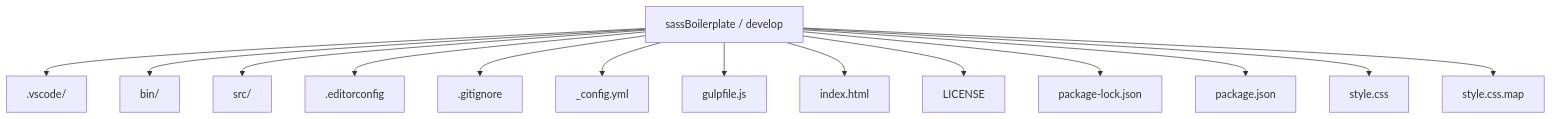
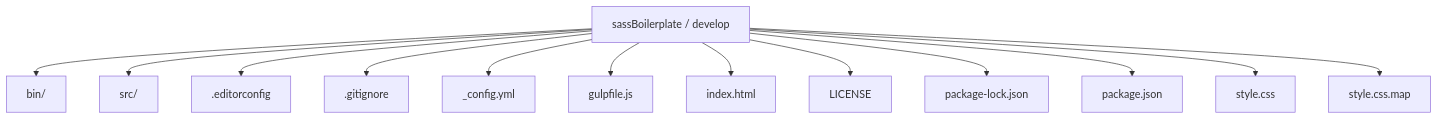
One commit to Nischhalsubba/sassBoilerplate changed the first of 5 diagrams in README.md. Above: the diagram before and after it, drawn with Mermaid. The commit also changed other lines of this file, not shown here.

````diff
--- a/README.md
+++ b/README.md
@@ -23,17 +56,16 @@
 ```mermaid
 flowchart TD
     ROOT["sassBoilerplate / develop"]
-    ROOT --> P0[".vscode/"]
-    ROOT --> P1["bin/"]
-    ROOT --> P2["src/"]
-    ROOT --> P3[".editorconfig"]
-    ROOT --> P4[".gitignore"]
-    ROOT --> P5["_config.yml"]
-    ROOT --> P6["gulpfile.js"]
-    ROOT --> P7["index.html"]
-    ROOT --> P8["LICENSE"]
-    ROOT --> P9["package-lock.json"]
-    ROOT --> P10["package.json"]
-    ROOT --> P11["style.css"]
-    ROOT --> P12["style.css.map"]
+    ROOT --> P0["bin/"]
+    ROOT --> P1["src/"]
+    ROOT --> P2[".editorconfig"]
+    ROOT --> P3[".gitignore"]
+    ROOT --> P4["_config.yml"]
+    ROOT --> P5["gulpfile.js"]
+    ROOT --> P6["index.html"]
+    ROOT --> P7["LICENSE"]
+    ROOT --> P8["package-lock.json"]
+    ROOT --> P9["package.json"]
+    ROOT --> P10["style.css"]
+    ROOT --> P11["style.css.map"]
 ```
````
